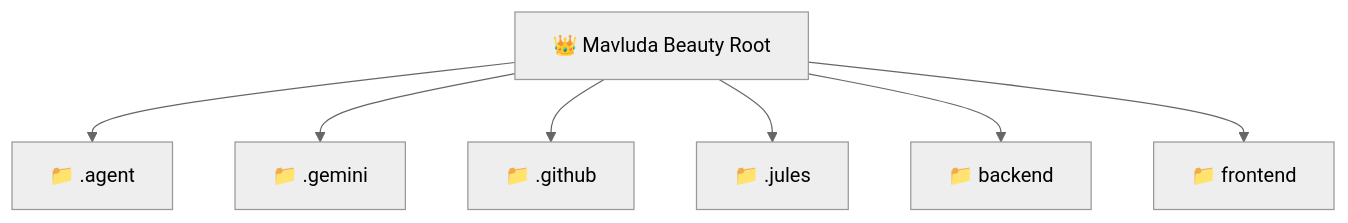
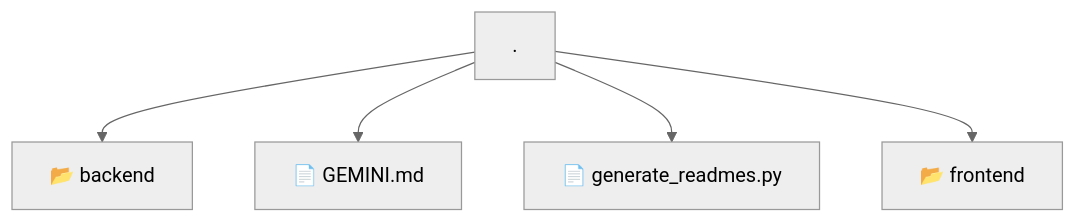
The diagram in README.md (beginwebdev2002/fullstack-mavluda), drawn with Mermaid (neutral theme) before and after one commit. The commit also changed other lines of this file and 155 other files, not shown here.

````diff
--- a/README.md
+++ b/README.md
@@ -9,10 +14,8 @@
 ```mermaid
 graph TD
-  Root["👑 Mavluda Beauty Root"]
-  Root --> agent["📁 .agent"]
-  Root --> gemini["📁 .gemini"]
-  Root --> github["📁 .github"]
-  Root --> jules["📁 .jules"]
-  Root --> backend["📁 backend"]
-  Root --> frontend["📁 frontend"]
+    Root[.]
+    Root --> F0[📂 backend]
+    Root --> F1[📄 GEMINI.md]
+    Root --> F2[📄 generate_readmes.py]
+    Root --> F3[📂 frontend]
 ```
````
